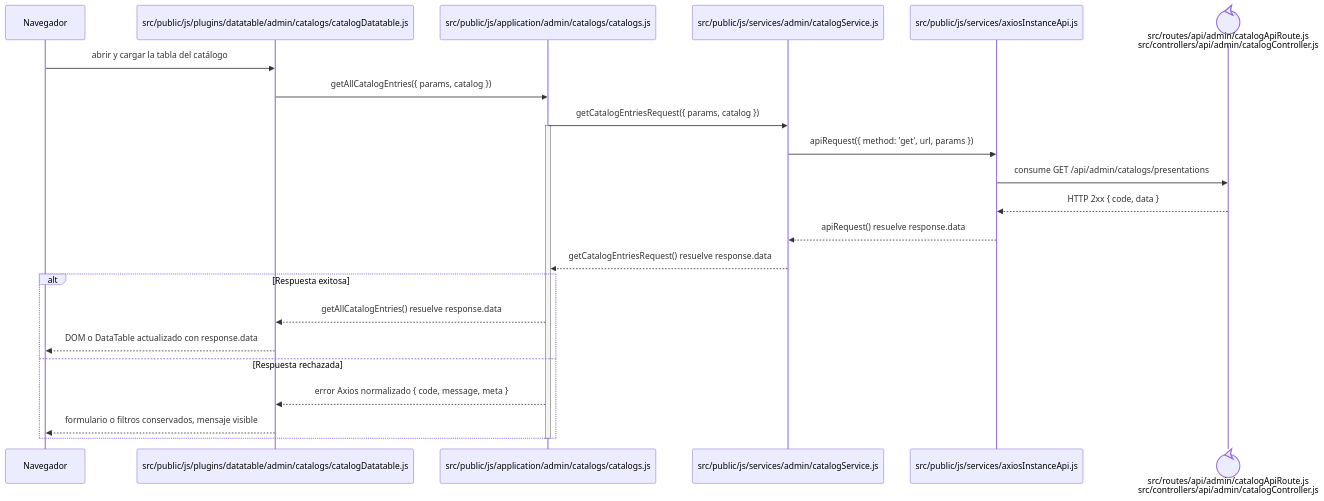
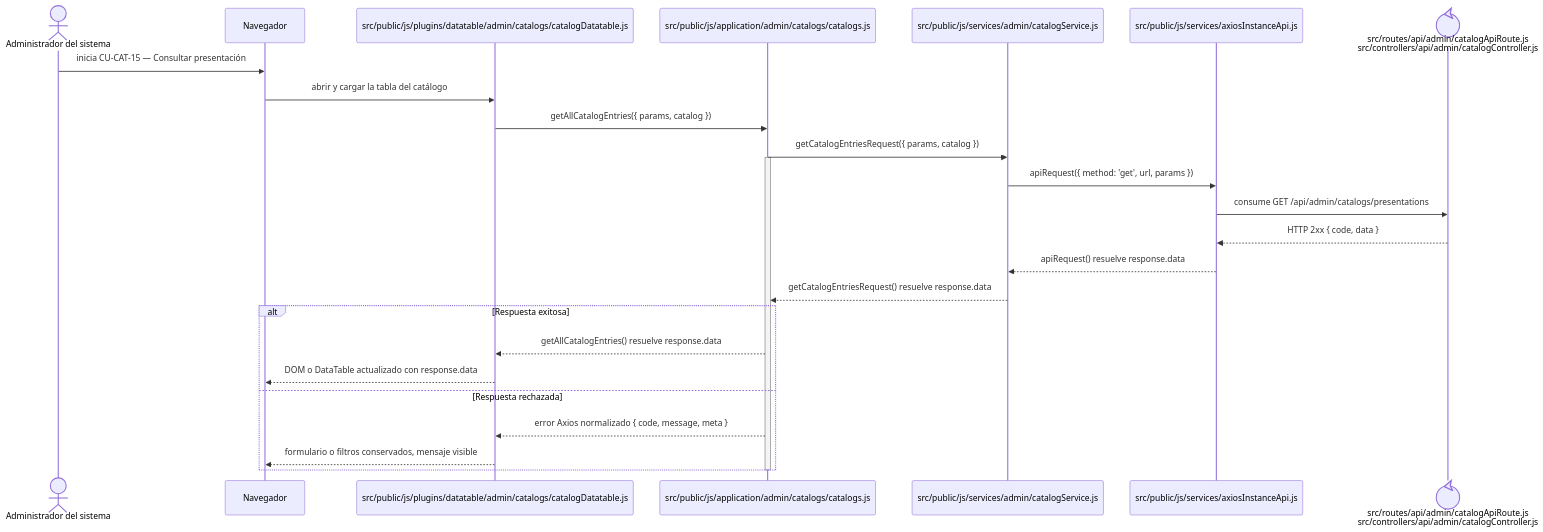
One commit to gpgsistemas01/nexus changed the diagram in docs/architecture/frontend-code-sequences/catalogs/cu-cat-15.md. Above: the diagram before and after it, drawn with Mermaid. The commit also changed 105 other files, not shown here.

````diff
--- a/docs/architecture/frontend-code-sequences/catalogs/cu-cat-15.md
+++ b/docs/architecture/frontend-code-sequences/catalogs/cu-cat-15.md
@@ -6,27 +6,29 @@
 ```mermaid
 sequenceDiagram
+    actor Initiator as Administrador del sistema
     participant Browser as Navegador
     participant View as src/public/js/plugins/datatable/admin/catalogs/catalogDatatable.js
     participant Application as src/public/js/application/admin/catalogs/catalogs.js
     participant Request as src/public/js/services/admin/catalogService.js
     participant HTTP as src/public/js/services/axiosInstanceApi.js
     participant Transport@{ "type": "control" } as src/routes/api/admin/catalogApiRoute.js<br/>src/controllers/api/admin/catalogController.js
 
+    Initiator->>Browser: inicia CU-CAT-15 — Consultar presentación
     Browser->>View: abrir y cargar la tabla del catálogo
     View->>Application: getAllCatalogEntries({ params, catalog })
     Application->>Request: getCatalogEntriesRequest({ params, catalog })
     activate Application
     Request->>HTTP: apiRequest({ method: 'get', url, params })
     HTTP->>Transport: consume GET /api/admin/catalogs/presentations
     Transport-->>HTTP: HTTP 2xx { code, data }
     HTTP-->>Request: apiRequest() resuelve response.data
     Request-->>Application: getCatalogEntriesRequest() resuelve response.data
     alt Respuesta exitosa
         Application-->>View: getAllCatalogEntries() resuelve response.data
         View-->>Browser: DOM o DataTable actualizado con response.data
     else Respuesta rechazada
         Application-->>View: error Axios normalizado { code, message, meta }
         View-->>Browser: formulario o filtros conservados, mensaje visible
     end
     deactivate Application
 ```
````
